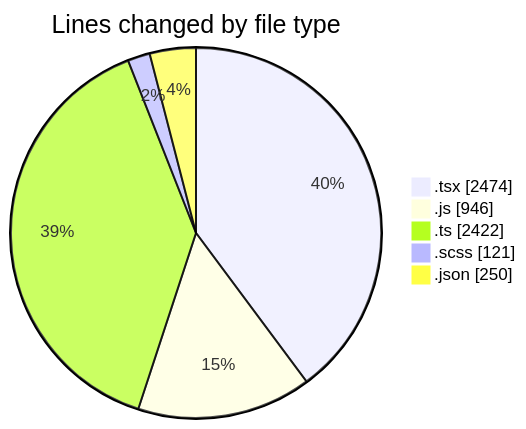
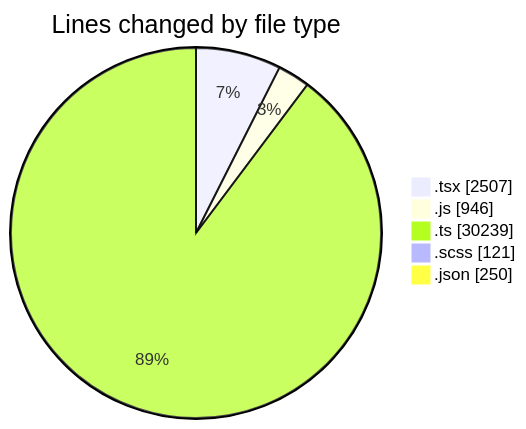
The first of 2 diagrams in 2026-07-20/cda/README.md (momahboobian/code-tracking), drawn with Mermaid before and after one commit. The commit also changed other lines of this file and 1 other file, not shown here.

````diff
--- a/2026-07-20/cda/README.md
+++ b/2026-07-20/cda/README.md
@@ -52,9 +54,9 @@
 ```mermaid
 pie showData
 title Lines changed by file type
-".tsx" : 2474
+".tsx" : 2507
 ".js" : 946
-".ts" : 2422
+".ts" : 30239
 ".scss" : 121
 ".json" : 250
 ```
````
